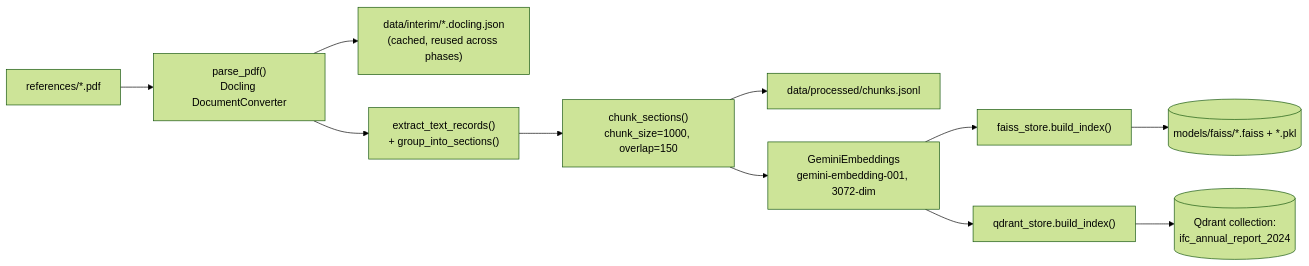
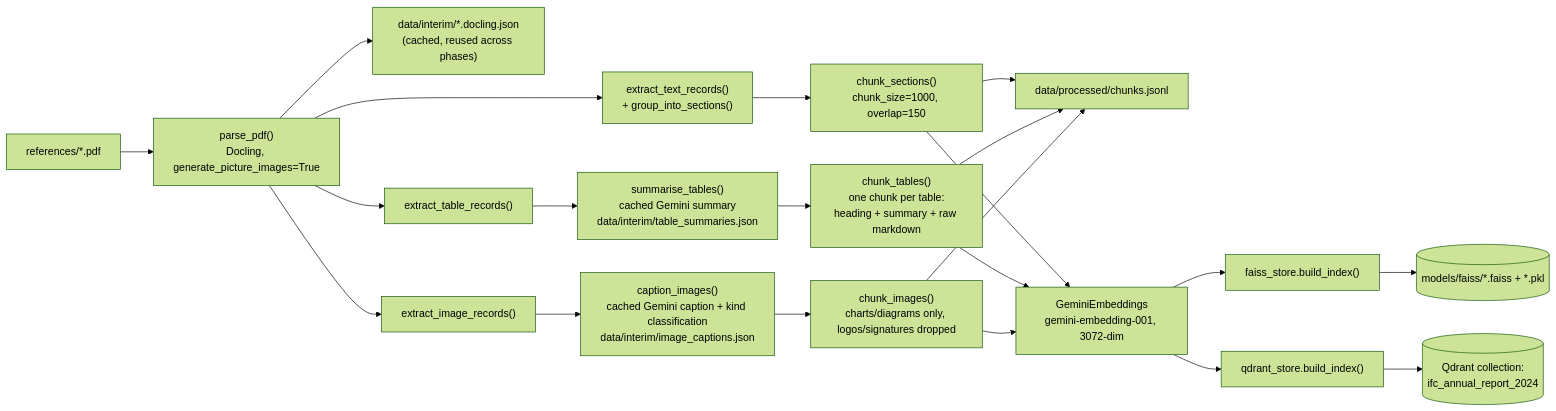
The second of 7 diagrams in ARCHITECTURE.md (kcholyshere/Finrag), drawn with Mermaid (forest theme) before and after one commit. The commit also changed other lines of this file and 2 other files, not shown here.

First line of the commit message:
Rewrite README and ARCHITECTURE for the current system

````diff
--- a/ARCHITECTURE.md
+++ b/ARCHITECTURE.md
@@ -64,13 +91,28 @@
 ```mermaid
 flowchart LR
-    A["references/*.pdf"] --> B["parse_pdf()<br/>Docling DocumentConverter"]
+    A["references/*.pdf"] --> B["parse_pdf()<br/>Docling, generate_picture_images=True"]
     B --> C["data/interim/*.docling.json<br/>(cached, reused across phases)"]
+
     B --> D["extract_text_records()<br/>+ group_into_sections()"]
     D --> E["chunk_sections()<br/>chunk_size=1000, overlap=150"]
-    E --> F["data/processed/chunks.jsonl"]
-    E --> G["GeminiEmbeddings<br/>gemini-embedding-001, 3072-dim"]
-    G --> H["faiss_store.build_index()"]
-    G --> I["qdrant_store.build_index()"]
-    H --> J[("models/faiss/*.faiss + *.pkl")]
-    I --> K[("Qdrant collection:<br/>ifc_annual_report_2024")]
+
+    B --> F["extract_table_records()"]
+    F --> G["summarise_tables()<br/>cached Gemini summary<br/>data/interim/table_summaries.json"]
+    G --> H["chunk_tables()<br/>one chunk per table:<br/>heading + summary + raw markdown"]
+
+    B --> I["extract_image_records()"]
+    I --> J["caption_images()<br/>cached Gemini caption + kind classification<br/>data/interim/image_captions.json"]
+    J --> K["chunk_images()<br/>charts/diagrams only, logos/signatures dropped"]
+
+    E --> L["data/processed/chunks.jsonl"]
+    H --> L
+    K --> L
+
+    E --> M["GeminiEmbeddings<br/>gemini-embedding-001, 3072-dim"]
+    H --> M
+    K --> M
+    M --> N["faiss_store.build_index()"]
+    M --> O["qdrant_store.build_index()"]
+    N --> P[("models/faiss/*.faiss + *.pkl")]
+    O --> Q[("Qdrant collection:<br/>ifc_annual_report_2024")]
 ```
````
